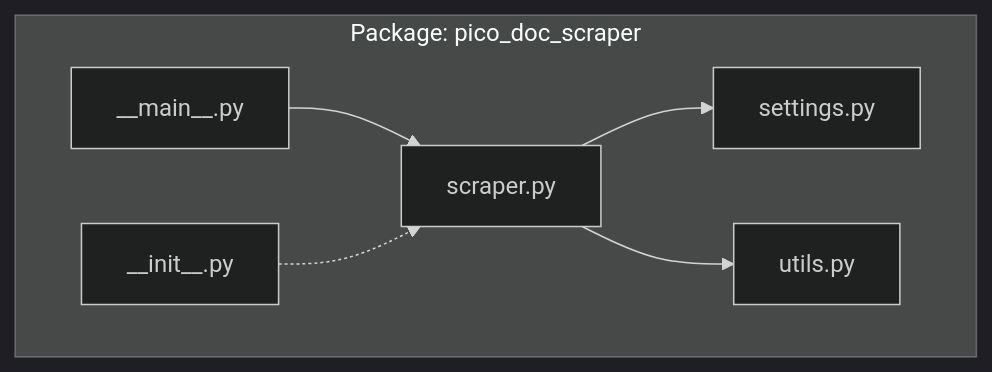
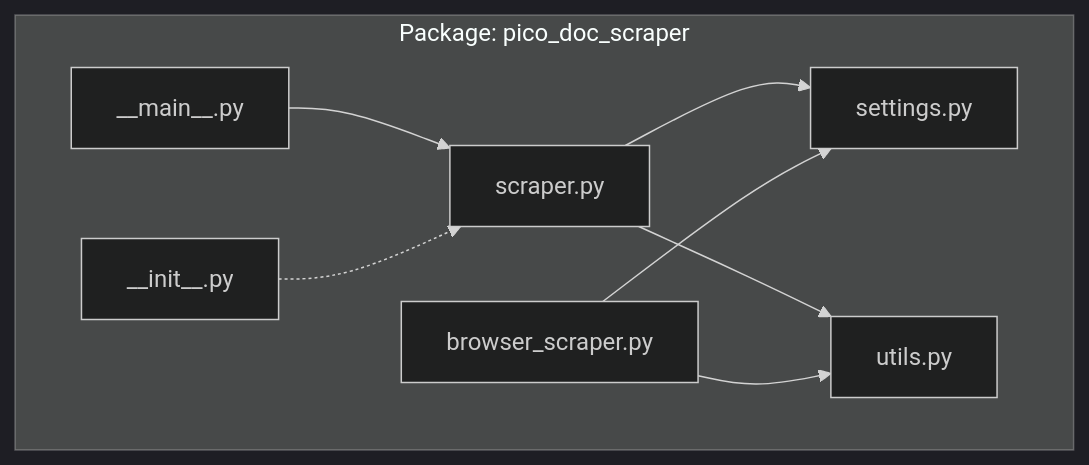
One commit to cr8ivecodesmith/pico-css-docs changed the first of 9 diagrams in .qoder/repowiki/en/content/Core Architecture/Scraping Engine.md. Above: the diagram before and after it, drawn with Mermaid (dark theme). The commit also changed other lines of this file and 5 other files, not shown here.

````diff
--- a/.qoder/repowiki/en/content/Core Architecture/Scraping Engine.md
+++ b/.qoder/repowiki/en/content/Core Architecture/Scraping Engine.md
@@ -37,14 +47,17 @@
 ```mermaid
 graph TB
 subgraph "Package: pico_doc_scraper"
 INIT["__init__.py"]
 MAIN["__main__.py"]
 SCRAPER["scraper.py"]
+BROWSER_SCRAPER["browser_scraper.py"]
 SETTINGS["settings.py"]
 UTILS["utils.py"]
 end
 MAIN --> SCRAPER
 SCRAPER --> SETTINGS
 SCRAPER --> UTILS
+BROWSER_SCRAPER --> SETTINGS
+BROWSER_SCRAPER --> UTILS
 INIT -.-> SCRAPER
 ```
````
